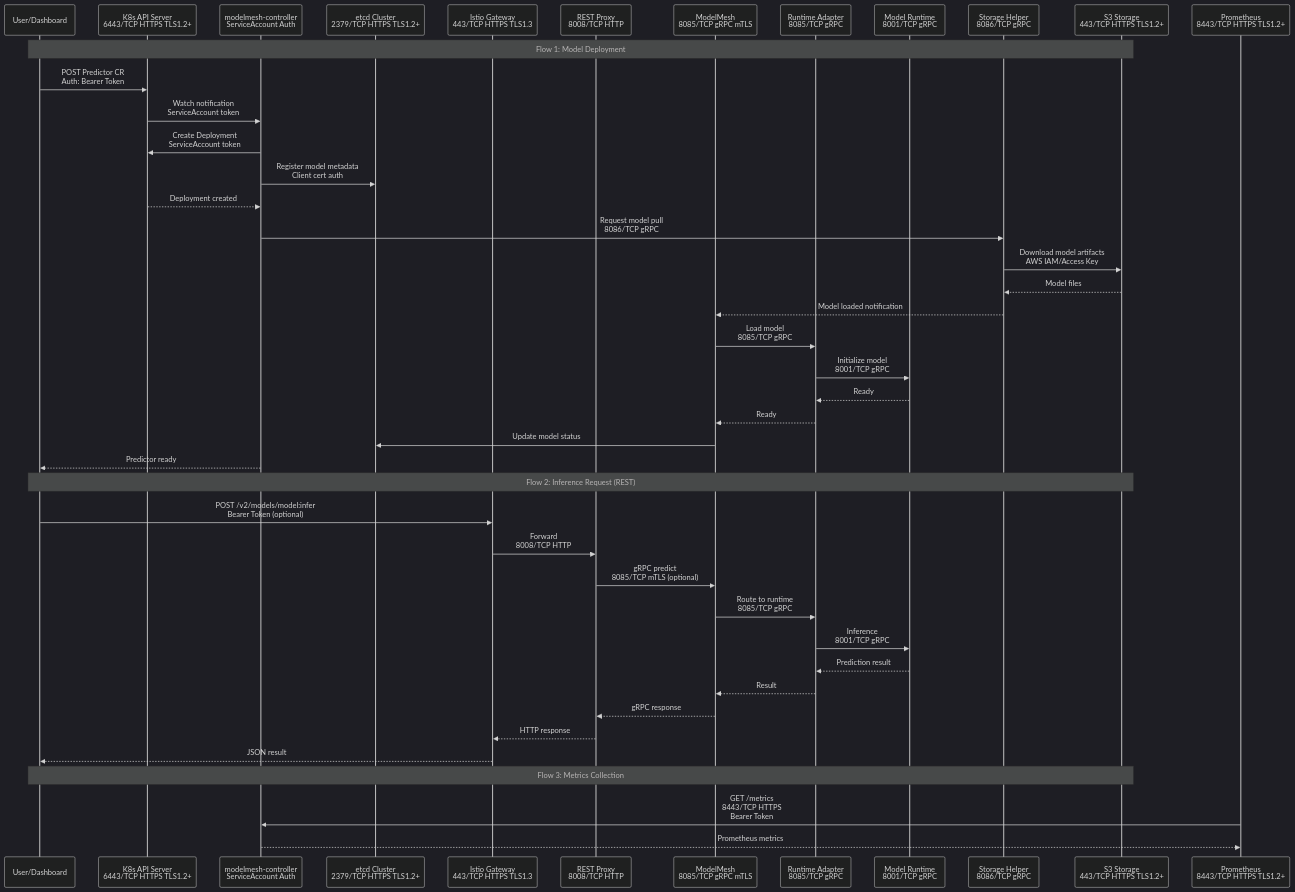
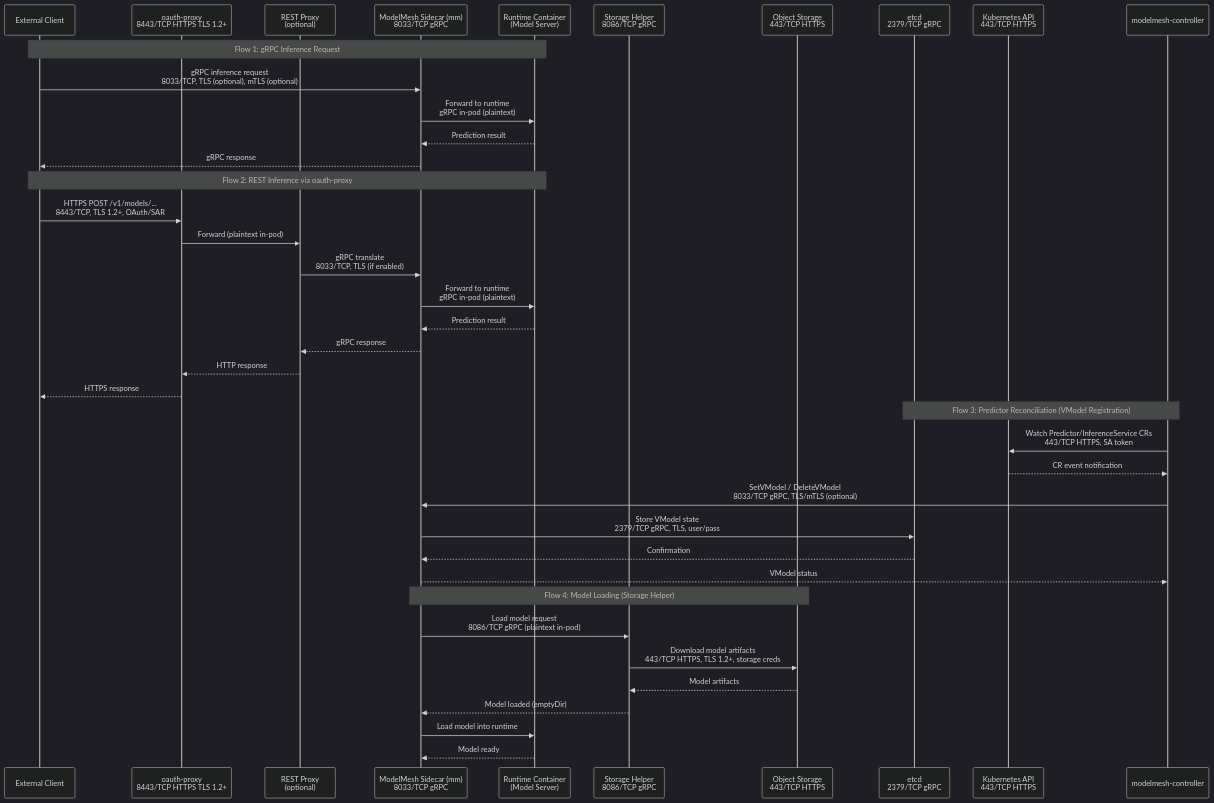
One commit to rhuss/architecture-context changed the diagram in architecture/rhoai-2.6/diagrams/modelmesh-serving-dataflow.mmd. Above: the diagram before and after it, drawn with Mermaid (dark theme). The commit also changed 325 other files, not shown here.

```diff
--- a/architecture/rhoai-2.6/diagrams/modelmesh-serving-dataflow.mmd
+++ b/architecture/rhoai-2.6/diagrams/modelmesh-serving-dataflow.mmd
@@ -1,49 +1,47 @@
+%% ModelMesh Serving - Data Flow Diagram
+%% Generated by: Claude Opus 4.6
+%% Source: architecture/rhoai-2.6/modelmesh-serving.md
+
 sequenceDiagram
-    participant User as User/Dashboard
-    participant K8sAPI as K8s API Server<br/>6443/TCP HTTPS TLS1.2+
-    participant Controller as modelmesh-controller<br/>ServiceAccount Auth
-    participant etcd as etcd Cluster<br/>2379/TCP HTTPS TLS1.2+
-    participant Gateway as Istio Gateway<br/>443/TCP HTTPS TLS1.3
-    participant RESTProxy as REST Proxy<br/>8008/TCP HTTP
-    participant ModelMesh as ModelMesh<br/>8085/TCP gRPC mTLS
-    participant RuntimeAdapter as Runtime Adapter<br/>8085/TCP gRPC
-    participant ModelRuntime as Model Runtime<br/>8001/TCP gRPC
-    participant StorageHelper as Storage Helper<br/>8086/TCP gRPC
-    participant S3 as S3 Storage<br/>443/TCP HTTPS TLS1.2+
-    participant Prometheus as Prometheus<br/>8443/TCP HTTPS TLS1.2+
+    participant Client as External Client
+    participant OAuthProxy as oauth-proxy<br/>8443/TCP HTTPS TLS 1.2+
+    participant RESTProxy as REST Proxy<br/>(optional)
+    participant ModelMesh as ModelMesh Sidecar (mm)<br/>8033/TCP gRPC
+    participant Runtime as Runtime Container<br/>(Model Server)
+    participant Puller as Storage Helper<br/>8086/TCP gRPC
+    participant S3 as Object Storage<br/>443/TCP HTTPS
+    participant etcd as etcd<br/>2379/TCP gRPC
+    participant K8sAPI as Kubernetes API<br/>443/TCP HTTPS
+    participant Controller as modelmesh-controller
 
-    Note over User,S3: Flow 1: Model Deployment
+    Note over Client,Runtime: Flow 1: gRPC Inference Request
+    Client->>ModelMesh: gRPC inference request<br/>8033/TCP, TLS (optional), mTLS (optional)
+    ModelMesh->>Runtime: Forward to runtime<br/>gRPC in-pod (plaintext)
+    Runtime-->>ModelMesh: Prediction result
+    ModelMesh-->>Client: gRPC response
 
-    User->>K8sAPI: POST Predictor CR<br/>Auth: Bearer Token
-    K8sAPI->>Controller: Watch notification<br/>ServiceAccount token
-    Controller->>K8sAPI: Create Deployment<br/>ServiceAccount token
-    Controller->>etcd: Register model metadata<br/>Client cert auth
-    K8sAPI-->>Controller: Deployment created
-    Controller->>StorageHelper: Request model pull<br/>8086/TCP gRPC
-    StorageHelper->>S3: Download model artifacts<br/>AWS IAM/Access Key
-    S3-->>StorageHelper: Model files
-    StorageHelper-->>ModelMesh: Model loaded notification
-    ModelMesh->>RuntimeAdapter: Load model<br/>8085/TCP gRPC
-    RuntimeAdapter->>ModelRuntime: Initialize model<br/>8001/TCP gRPC
-    ModelRuntime-->>RuntimeAdapter: Ready
-    RuntimeAdapter-->>ModelMesh: Ready
-    ModelMesh->>etcd: Update model status
-    Controller-->>User: Predictor ready
+    Note over Client,Runtime: Flow 2: REST Inference via oauth-proxy
+    Client->>OAuthProxy: HTTPS POST /v1/models/...<br/>8443/TCP, TLS 1.2+, OAuth/SAR
+    OAuthProxy->>RESTProxy: Forward (plaintext in-pod)
+    RESTProxy->>ModelMesh: gRPC translate<br/>8033/TCP, TLS (if enabled)
+    ModelMesh->>Runtime: Forward to runtime<br/>gRPC in-pod (plaintext)
+    Runtime-->>ModelMesh: Prediction result
+    ModelMesh-->>RESTProxy: gRPC response
+    RESTProxy-->>OAuthProxy: HTTP response
+    OAuthProxy-->>Client: HTTPS response
 
-    Note over User,S3: Flow 2: Inference Request (REST)
+    Note over Controller,etcd: Flow 3: Predictor Reconciliation (VModel Registration)
+    Controller->>K8sAPI: Watch Predictor/InferenceService CRs<br/>443/TCP HTTPS, SA token
+    K8sAPI-->>Controller: CR event notification
+    Controller->>ModelMesh: SetVModel / DeleteVModel<br/>8033/TCP gRPC, TLS/mTLS (optional)
+    ModelMesh->>etcd: Store VModel state<br/>2379/TCP gRPC, TLS, user/pass
+    etcd-->>ModelMesh: Confirmation
+    ModelMesh-->>Controller: VModel status
 
-    User->>Gateway: POST /v2/models/model:infer<br/>Bearer Token (optional)
-    Gateway->>RESTProxy: Forward<br/>8008/TCP HTTP
-    RESTProxy->>ModelMesh: gRPC predict<br/>8085/TCP mTLS (optional)
-    ModelMesh->>RuntimeAdapter: Route to runtime<br/>8085/TCP gRPC
-    RuntimeAdapter->>ModelRuntime: Inference<br/>8001/TCP gRPC
-    ModelRuntime-->>RuntimeAdapter: Prediction result
-    RuntimeAdapter-->>ModelMesh: Result
-    ModelMesh-->>RESTProxy: gRPC response
-    RESTProxy-->>Gateway: HTTP response
-    Gateway-->>User: JSON result
-
-    Note over User,S3: Flow 3: Metrics Collection
-
-    Prometheus->>Controller: GET /metrics<br/>8443/TCP HTTPS<br/>Bearer Token
-    Controller-->>Prometheus: Prometheus metrics
+    Note over ModelMesh,S3: Flow 4: Model Loading (Storage Helper)
+    ModelMesh->>Puller: Load model request<br/>8086/TCP gRPC (plaintext in-pod)
+    Puller->>S3: Download model artifacts<br/>443/TCP HTTPS, TLS 1.2+, storage creds
+    S3-->>Puller: Model artifacts
+    Puller-->>ModelMesh: Model loaded (emptyDir)
+    ModelMesh->>Runtime: Load model into runtime
+    Runtime-->>ModelMesh: Model ready
```
